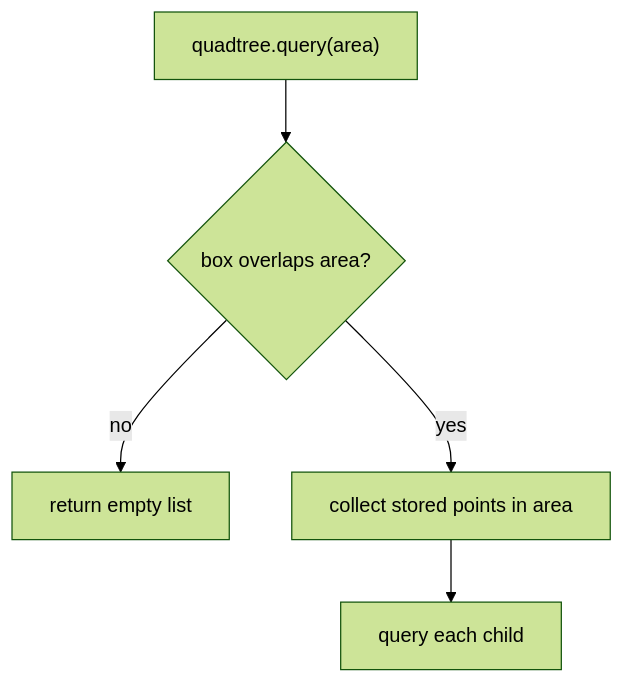
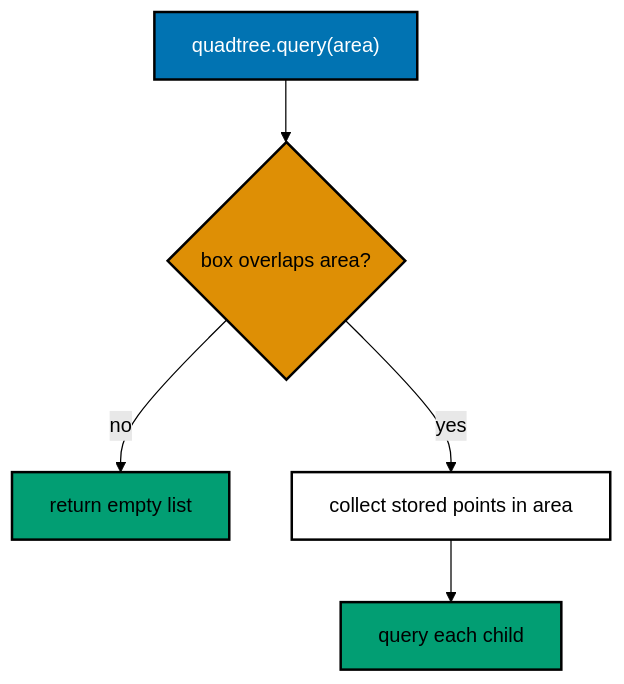
One commit to wahidyankf/grind-in-public changed the second of 3 diagrams in drill/system-design-algos/in-python/algo_18_geohash_quadtree.md. Above: the diagram before and after it, drawn with Mermaid (forest theme). The commit also changed other lines of this file and 22 other files, not shown here.

First line of the commit message:
docs: use accessible palette in mermaid diagrams

````diff
--- a/drill/system-design-algos/in-python/algo_18_geohash_quadtree.md
+++ b/drill/system-design-algos/in-python/algo_18_geohash_quadtree.md
@@ -69,11 +76,18 @@
 ```mermaid
 flowchart TD
   accTitle: Quadtree query
   accDescr {
     Shows how query skips a box that does not overlap the area, and checks the rest.
   }
   A["quadtree.query(area)"] --> B{box overlaps area?}
   B -->|no| C[return empty list]
   B -->|yes| D[collect stored points in area]
   D --> E[query each child]
+  classDef default fill:#FFFFFF,stroke:#000000,color:#000000,stroke-width:2px
+  classDef blue fill:#0173B2,stroke:#000000,color:#FFFFFF,stroke-width:2px
+  classDef orange fill:#DE8F05,stroke:#000000,color:#000000,stroke-width:2px
+  classDef teal fill:#029E73,stroke:#000000,color:#000000,stroke-width:2px
+  class B orange
+  class A blue
+  class C,E teal
 ```
````
